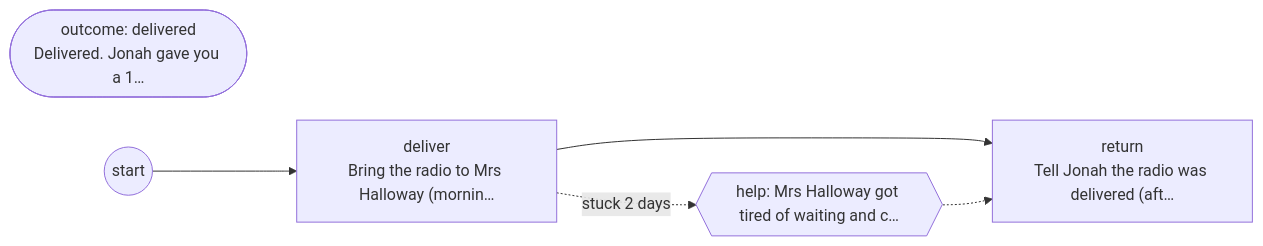
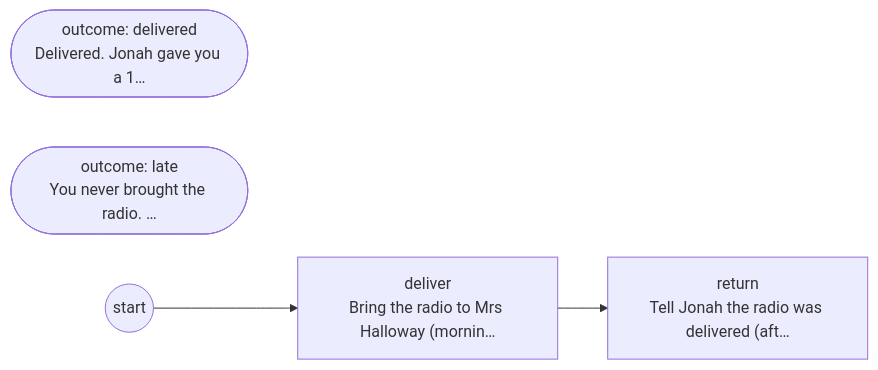
One commit to DoctorStrangeSH/ECHOES-OF-THE-VEIL changed the eighth of 15 diagrams in docs/generated/cases.md. Above: the diagram before and after it, drawn with Mermaid. The commit also changed other lines of this file and 46 other files, not shown here.

````diff
--- a/docs/generated/cases.md
+++ b/docs/generated/cases.md
@@ -161,11 +128,9 @@
 ```mermaid
 flowchart LR
   case_radio_deliver["deliver<br/>Bring the radio to Mrs Halloway (mornin…"]
   case_radio_return["return<br/>Tell Jonah the radio was delivered (aft…"]
   case_radio_deliver --> case_radio_return
   case_radio_out_delivered(["outcome: delivered<br/>Delivered. Jonah gave you a 1…"])
+  case_radio_out_late(["outcome: late<br/>You never brought the radio. …"])
   case_radio_START(("start")) --> case_radio_deliver
-  case_radio_ff_0{{"help: Mrs Halloway got tired of waiting and c…"}}
-  case_radio_deliver -.->|"stuck 2 days"| case_radio_ff_0
-  case_radio_ff_0 -.-> case_radio_return
 ```
````
